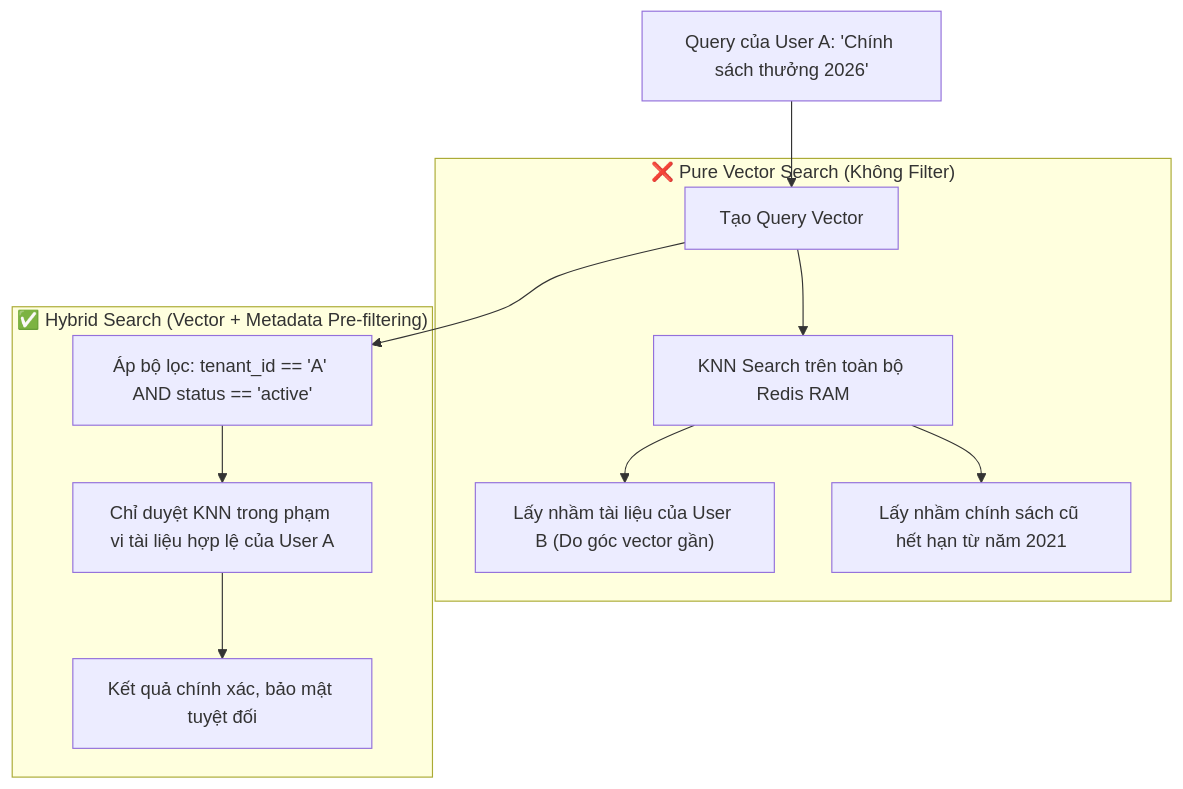
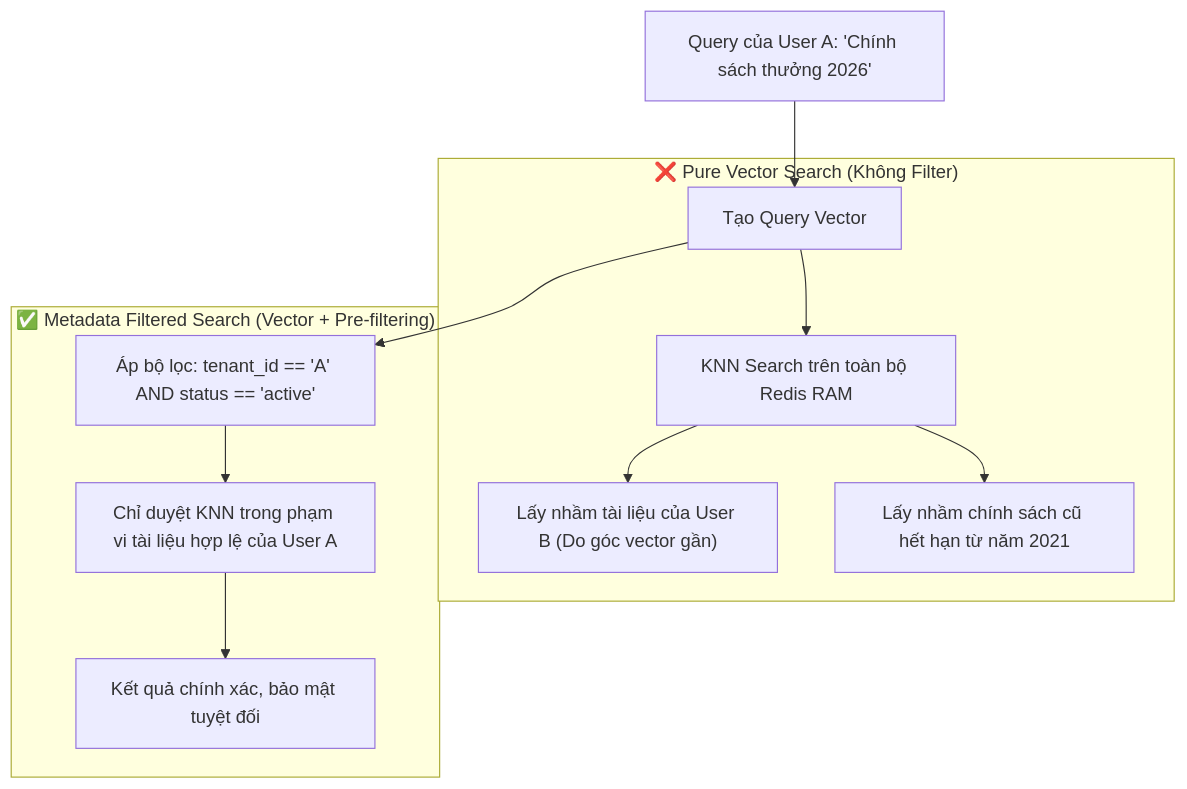
The second of 5 diagrams in 2-vector-search-and-rag/2-vector-similarity-and-hybrid-search.md (hieutran0204/Redis_Iris), drawn with Mermaid before and after one commit. The commit also changed other lines of this file, not shown here.

Commit message:
fix(hybrid-search): add FT.HYBRID, official hybrid policies (ADHOC_BF, BATCHES), and redisvl update

````diff
--- a/2-vector-search-and-rag/2-vector-similarity-and-hybrid-search.md
+++ b/2-vector-search-and-rag/2-vector-similarity-and-hybrid-search.md
@@ -159,16 +164,16 @@
 ```mermaid
 graph TD
     UserQuery["Query của User A: 'Chính sách thưởng 2026'"] --> Embed["Tạo Query Vector"]
     
     subgraph PureVector["❌ Pure Vector Search (Không Filter)"]
         Embed --> VSearch["KNN Search trên toàn bộ Redis RAM"]
         VSearch --> Leak["Lấy nhầm tài liệu của User B (Do góc vector gần)"]
         VSearch --> Expired["Lấy nhầm chính sách cũ hết hạn từ năm 2021"]
     end
     
-    subgraph Hybrid["✅ Hybrid Search (Vector + Metadata Pre-filtering)"]
+    subgraph Hybrid["✅ Metadata Filtered Search (Vector + Pre-filtering)"]
         Embed --> Filter["Áp bộ lọc: tenant_id == 'A' AND status == 'active'"]
         Filter --> MaskedSearch["Chỉ duyệt KNN trong phạm vi tài liệu hợp lệ của User A"]
         MaskedSearch --> SecureDocs["Kết quả chính xác, bảo mật tuyệt đối"]
     end
 ```
````
